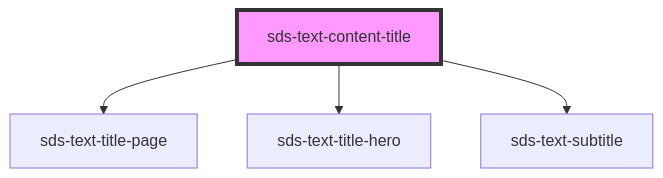
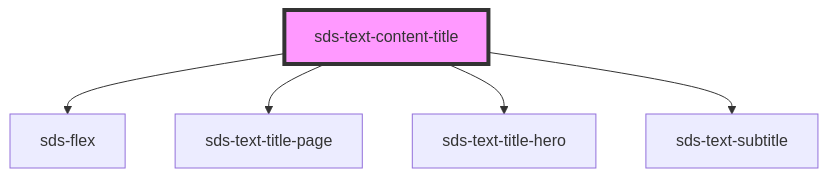
The diagram in packages/sds-web-components/src/ui/primitives/Text/sds-text-content-title/readme.md (chodgesfigma/sds-mono), drawn with Mermaid before and after one commit. The commit also changed other lines of this file and 5 other files, not shown here.

````diff
--- a/packages/sds-web-components/src/ui/primitives/Text/sds-text-content-title/readme.md
+++ b/packages/sds-web-components/src/ui/primitives/Text/sds-text-content-title/readme.md
@@ -24,7 +25,8 @@
 ```mermaid
 graph TD;
+  sds-text-content-title --> sds-flex
   sds-text-content-title --> sds-text-title-page
   sds-text-content-title --> sds-text-title-hero
   sds-text-content-title --> sds-text-subtitle
   style sds-text-content-title fill:#f9f,stroke:#333,stroke-width:4px
 ```
````
